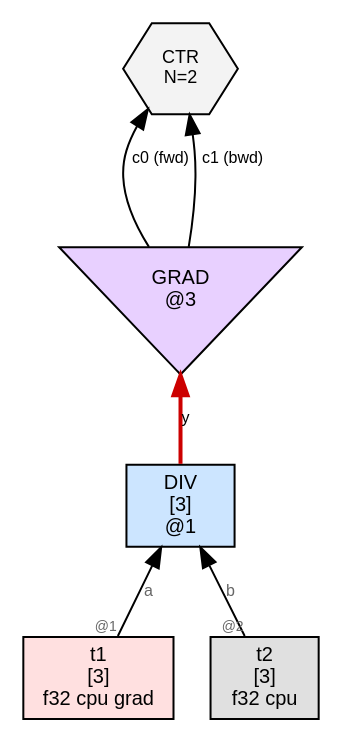
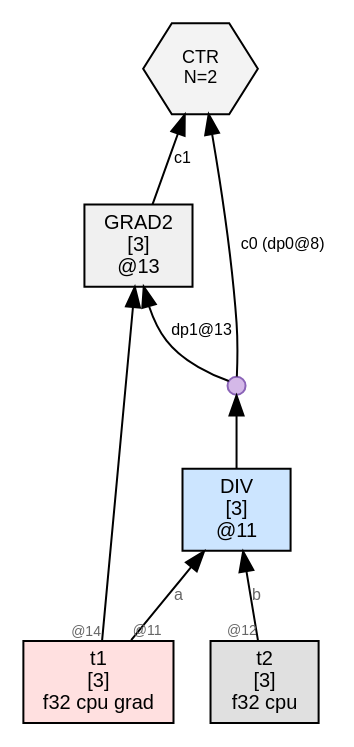
One commit to sw1sh/TinyHVM changed the diagram in wl/examples/thvm_graphs/grad_rules/div/thvm_0_pre_reduce.dot. Above: the diagram before and after it, drawn with Graphviz. The commit also changed 156 other files, not shown here.

First line of the commit message:
grad: migrate mk() to UOP_GRAD2; all 50 rule tests flow through new path

```diff
--- a/wl/examples/thvm_graphs/grad_rules/div/thvm_0_pre_reduce.dot
+++ b/wl/examples/thvm_graphs/grad_rules/div/thvm_0_pre_reduce.dot
@@ -1,16 +1,19 @@
 digraph G {
   rankdir=BT;
   node [fontname="Helvetica", fontsize=10, style=filled, shape=box, margin="0.1,0.05"];
   edge [fontsize=8, fontname="Helvetica"];
 
-  n1 [label="DIV\n[3]\n@1", shape=box, fillcolor="#cce5ff"];
+  n13 [label="GRAD2\n[3]\n@13", shape=box, fillcolor="#f0f0f0"];
+  dup10 [label="", shape=circle, width=0.12, height=0.12, fixedsize=true, fillcolor="#d4b8e8", color="#8a63b7", fontsize=1];
+  n11 -> dup10;
+  dup10 -> n13 [label="dp1@13"];
   t1 [label="t1\n[3]\nf32 cpu grad",shape=box,fillcolor="#ffe0e0"];
-  t1 -> n1 [label="a",taillabel="@1",labelfontsize=7,fontcolor="#666666"];
+  t1 -> n13 [label="",taillabel="@14",labelfontsize=7,fontcolor="#666666"];
+  n11 [label="DIV\n[3]\n@11", shape=box, fillcolor="#cce5ff"];
+  t1 -> n11 [label="a",taillabel="@11",labelfontsize=7,fontcolor="#666666"];
   t2 [label="t2\n[3]\nf32 cpu",shape=box,fillcolor="#e0e0e0"];
-  t2 -> n1 [label="b",taillabel="@2",labelfontsize=7,fontcolor="#666666"];
-  ctr6 [label="CTR\nN=2", shape=hexagon, fillcolor="#f3f3f3", fontsize=9];
-  grad3 [label="GRAD\n@3", shape=invtriangle, fillcolor="#e8d0ff"];
-  n1 -> grad3 [label="y",color="#cc0000",penwidth=2.0];
-  grad3 -> ctr6 [label="c0 (fwd)"];
-  grad3 -> ctr6 [label="c1 (bwd)"];
+  t2 -> n11 [label="b",taillabel="@12",labelfontsize=7,fontcolor="#666666"];
+  ctr8 [label="CTR\nN=2", shape=hexagon, fillcolor="#f3f3f3", fontsize=9];
+  dup10 -> ctr8 [label="c0 (dp0@8)"];
+  n13 -> ctr8 [label="c1"];
 }
```
